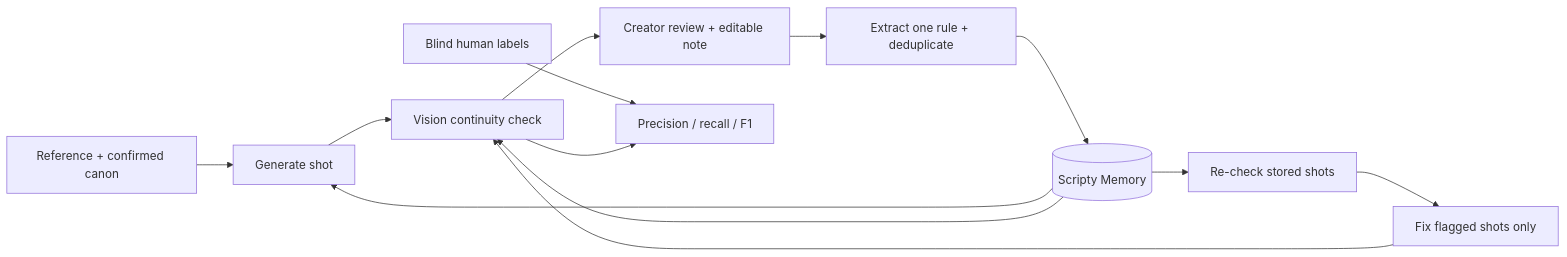
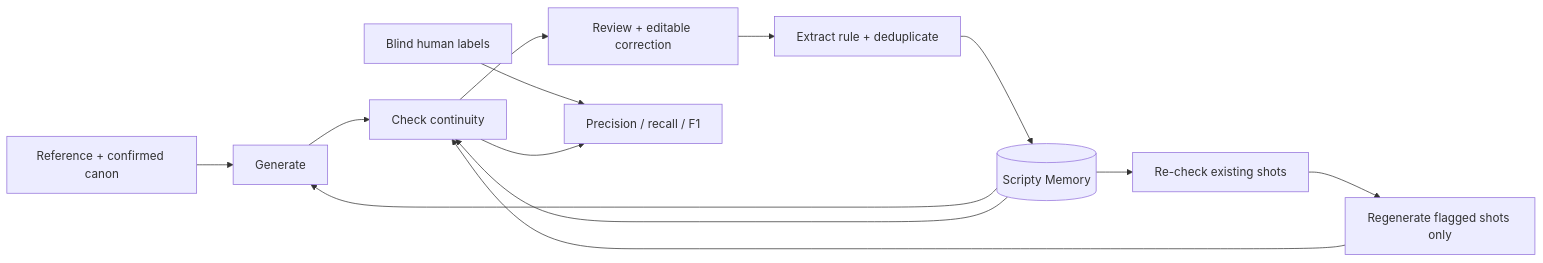
One commit to alexandrajcowan275/scripty changed the diagram in README.md. Above: the diagram before and after it, drawn with Mermaid. The commit also changed other lines of this file and 32 other files, not shown here.

````diff
--- a/README.md
+++ b/README.md
@@ -23,15 +21,15 @@
 ```mermaid
 flowchart LR
-  C[Reference + confirmed canon] --> G[Generate shot]
+  C[Reference + confirmed canon] --> G[Generate]
   M[(Scripty Memory)] --> G
-  G --> V[Vision continuity check]
+  G --> V[Check continuity]
   M --> V
-  V --> R[Creator review + editable note]
-  R --> L[Extract one rule + deduplicate]
+  V --> R[Review + editable correction]
+  R --> L[Extract rule + deduplicate]
   L --> M
-  M --> Q[Re-check stored shots]
-  Q --> F[Fix flagged shots only]
+  M --> Q[Re-check existing shots]
+  Q --> F[Regenerate flagged shots only]
   F --> V
   H[Blind human labels] --> E[Precision / recall / F1]
   V --> E
 ```
````
